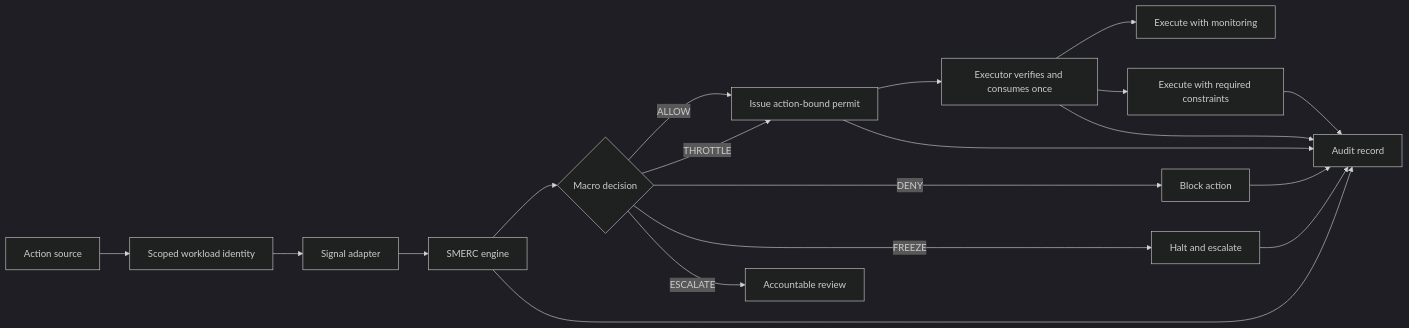
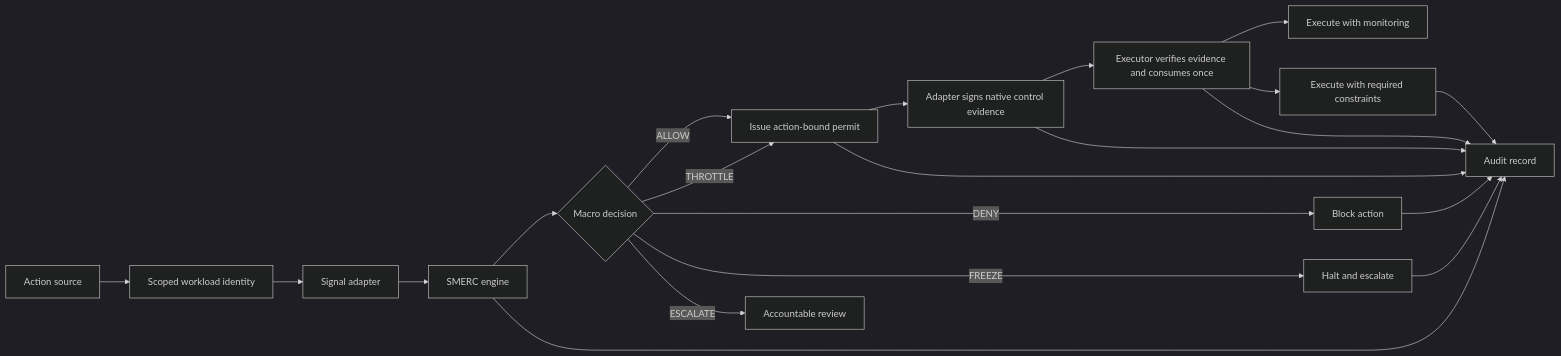
One commit to KingsMtn/SMERC-Runtime-Permission-Layer changed the diagram in architecture/System_Architecture.md. Above: the diagram before and after it, drawn with Mermaid (dark theme). The commit also changed other lines of this file and 20 other files, not shown here.

Commit message:
Add signed control evidence receipts

````diff
--- a/architecture/System_Architecture.md
+++ b/architecture/System_Architecture.md
@@ -16,21 +17,23 @@
 ```mermaid
 flowchart LR
   A["Action source"] --> W["Scoped workload identity"]
   W --> B["Signal adapter"]
   B --> C["SMERC engine"]
   C --> D{"Macro decision"}
   D -->|"ALLOW"| P["Issue action-bound permit"]
   D -->|"THROTTLE"| P
-  P --> V["Executor verifies and consumes once"]
+  P --> R["Adapter signs native control evidence"]
+  R --> V["Executor verifies evidence and consumes once"]
   V --> E["Execute with monitoring"]
   V --> F["Execute with required constraints"]
   D -->|"DENY"| G["Block action"]
   D -->|"FREEZE"| H["Halt and escalate"]
   D -->|"ESCALATE"| J["Accountable review"]
   C --> I["Audit record"]
   P --> I
+  R --> I
   V --> I
   F --> I
   G --> I
   H --> I
 ```
````
